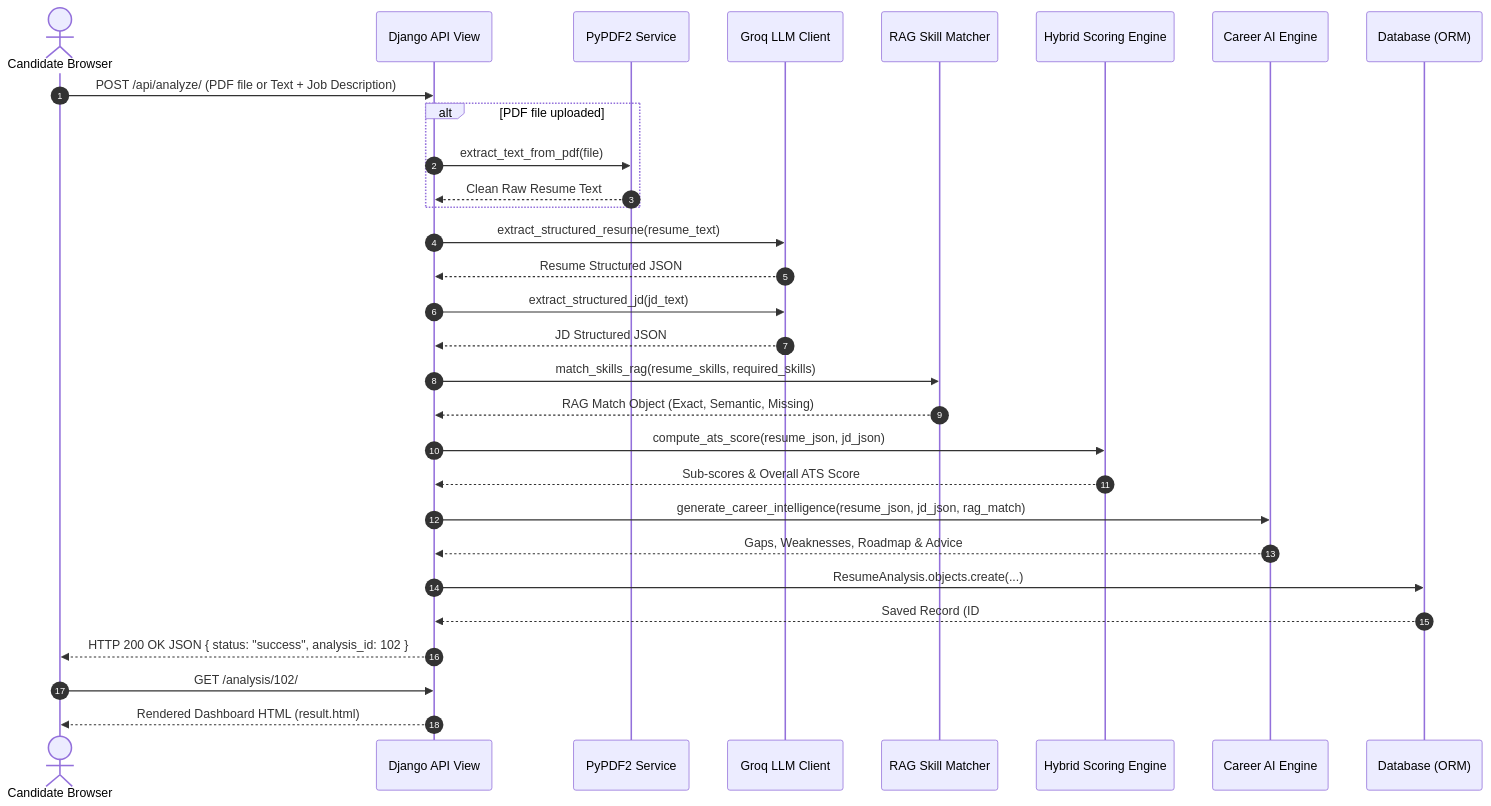
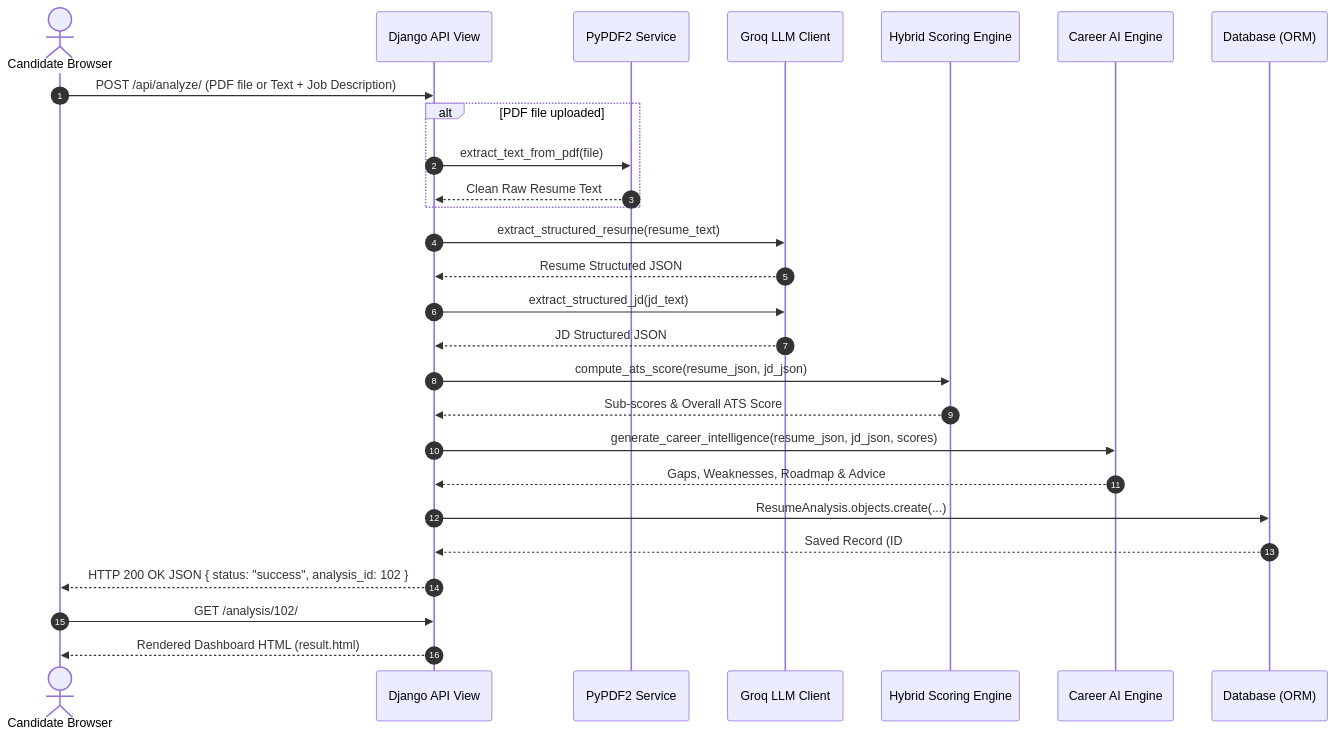
One commit to Neminath-jain/ResumeIQ changed the second of 2 diagrams in docs/ARCHITECTURE.md. Above: the diagram before and after it, drawn with Mermaid. The commit also changed other lines of this file and 8 other files, not shown here.

````diff
--- a/docs/ARCHITECTURE.md
+++ b/docs/ARCHITECTURE.md
@@ -133,40 +140,36 @@
 ```mermaid
 sequenceDiagram
     autonumber
     actor User as Candidate Browser
     participant API as Django API View
     participant PDF as PyPDF2 Service
     participant LLM as Groq LLM Client
-    participant RAG as RAG Skill Matcher
     participant Scorer as Hybrid Scoring Engine
     participant Career as Career AI Engine
     participant DB as Database (ORM)
 
     User->>API: POST /api/analyze/ (PDF file or Text + Job Description)
     alt PDF file uploaded
         API->>PDF: extract_text_from_pdf(file)
         PDF-->>API: Clean Raw Resume Text
     end
     
     API->>LLM: extract_structured_resume(resume_text)
     LLM-->>API: Resume Structured JSON
     
     API->>LLM: extract_structured_jd(jd_text)
     LLM-->>API: JD Structured JSON
-
-    API->>RAG: match_skills_rag(resume_skills, required_skills)
-    RAG-->>API: RAG Match Object (Exact, Semantic, Missing)
     
     API->>Scorer: compute_ats_score(resume_json, jd_json)
     Scorer-->>API: Sub-scores & Overall ATS Score
     
-    API->>Career: generate_career_intelligence(resume_json, jd_json, rag_match)
+    API->>Career: generate_career_intelligence(resume_json, jd_json, scores)
     Career-->>API: Gaps, Weaknesses, Roadmap & Advice
     
     API->>DB: ResumeAnalysis.objects.create(...)
     DB-->>API: Saved Record (ID #102)
     
     API-->>User: HTTP 200 OK JSON { status: "success", analysis_id: 102 }
     User->>API: GET /analysis/102/
     API-->>User: Rendered Dashboard HTML (result.html)
 ```
````
